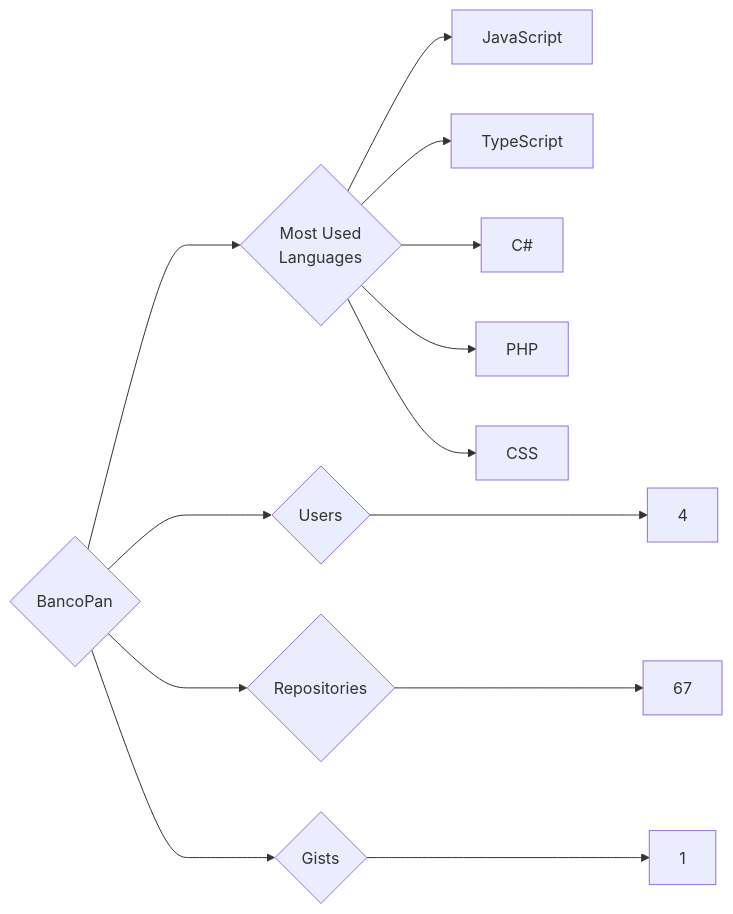
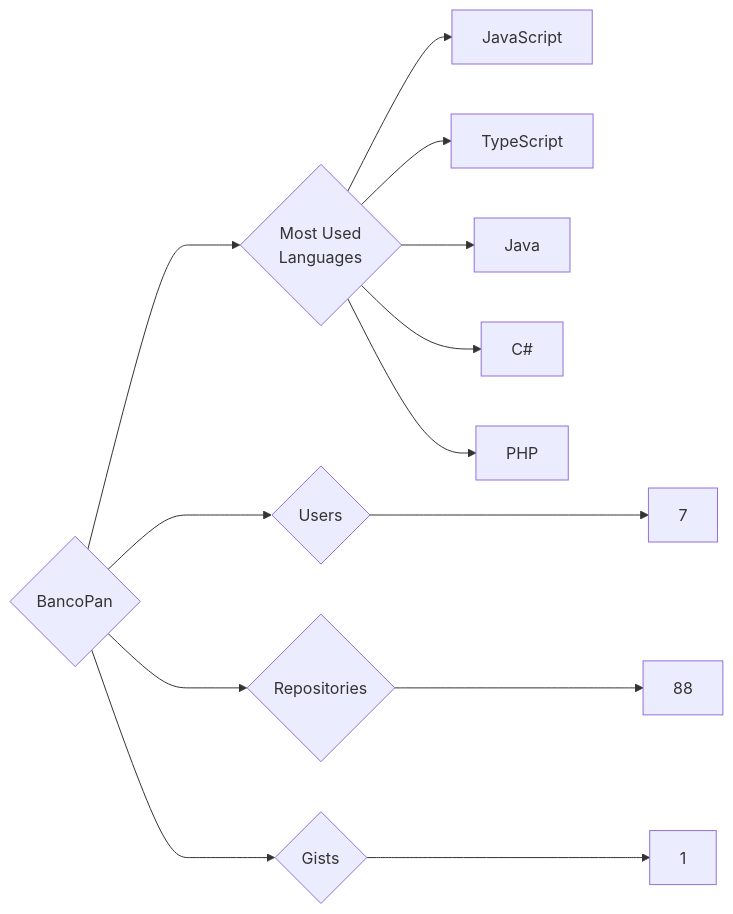
The diagram in targets/BancoPan/README.md (trickest/insiders), drawn with Mermaid before and after one commit. The commit also changed 988 other files, not shown here.

````diff
--- a/targets/BancoPan/README.md
+++ b/targets/BancoPan/README.md
@@ -3,13 +3,13 @@
 ```mermaid
 graph LR
 COMPANY_NAME{BancoPan}
-COMPANY_NAME ---> U{Users} ---> UN[4]
-COMPANY_NAME ---> R{Repositories} ---> RN[67]
+COMPANY_NAME ---> U{Users} ---> UN[7]
+COMPANY_NAME ---> R{Repositories} ---> RN[88]
 COMPANY_NAME ---> G{Gists} ---> GN[1]
 COMPANY_NAME ---> ML{Most Used<br>Languages}
 ML --> JavaScript[JavaScript]
 ML --> TypeScript[TypeScript]
+ML --> Java[Java]
 ML --> C#[C#]
 ML --> PHP[PHP]
-ML --> CSS[CSS]
 ```
````
